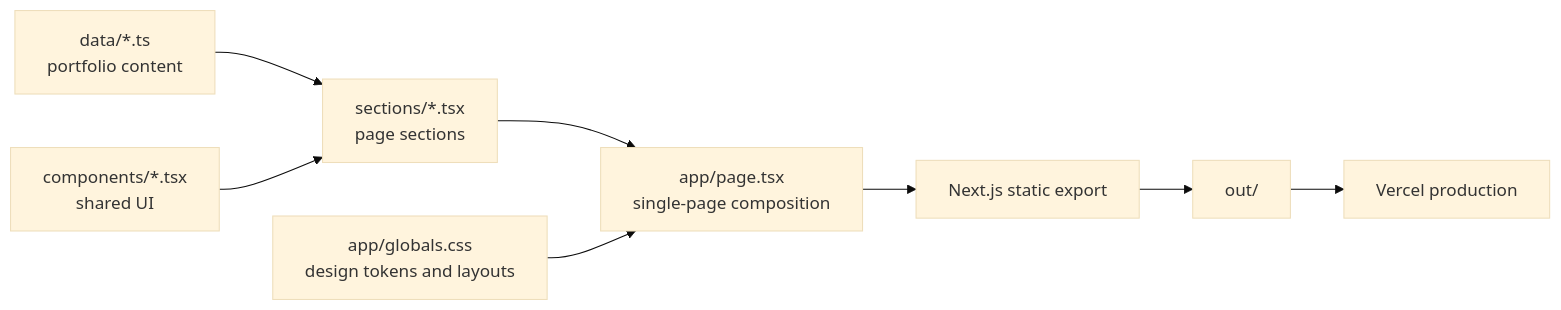
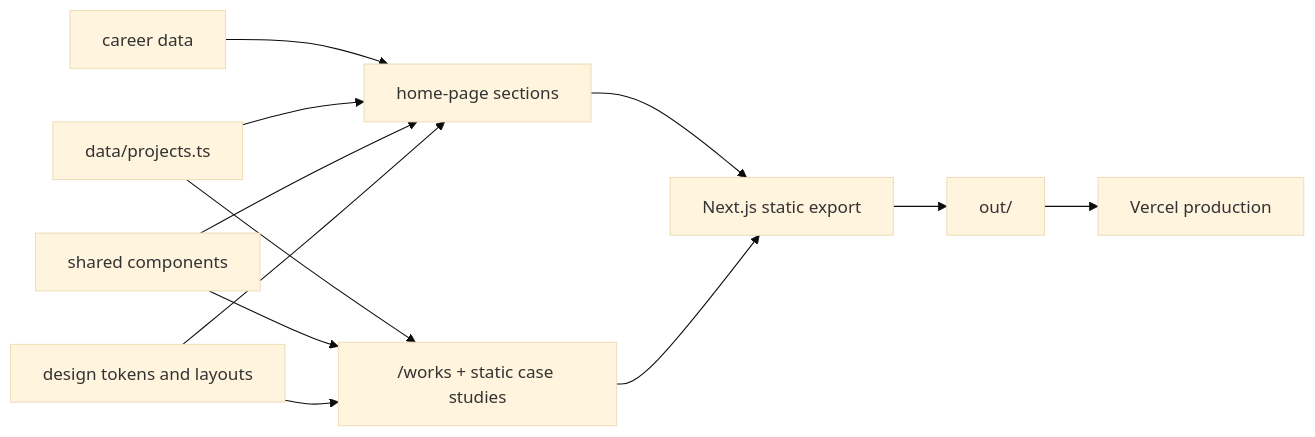
One commit to CRSD-Lau/Personal-Site changed the diagram in README.md. Above: the diagram before and after it, drawn with Mermaid (base theme). The commit also changed other lines of this file and 33 other files, not shown here.

Commit message:
feat: add independent Works case study

````diff
--- a/README.md
+++ b/README.md
@@ -66,10 +67,14 @@
 ```mermaid
 flowchart LR
-  Data["data/*.ts<br/>portfolio content"] --> Sections["sections/*.tsx<br/>page sections"]
-  Components["components/*.tsx<br/>shared UI"] --> Sections
-  Sections --> Page["app/page.tsx<br/>single-page composition"]
-  Tokens["app/globals.css<br/>design tokens and layouts"] --> Page
-  Page --> Build["Next.js static export"]
+  Career["career data"] --> Sections["home-page sections"]
+  Projects["data/projects.ts"] --> Sections
+  Projects --> Works["/works + static case studies"]
+  Components["shared components"] --> Sections
+  Components --> Works
+  Tokens["design tokens and layouts"] --> Sections
+  Tokens --> Works
+  Sections --> Build["Next.js static export"]
+  Works --> Build
   Build --> Out["out/"]
   Out --> Vercel["Vercel production"]
 ```
````
